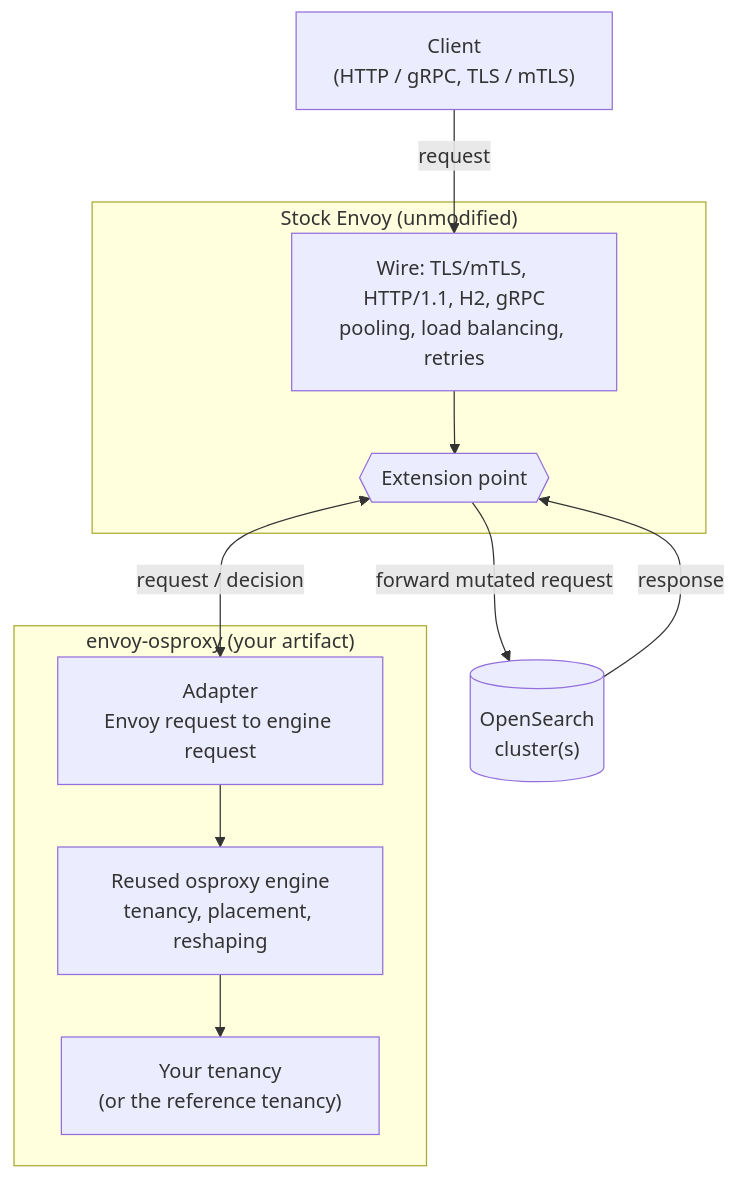
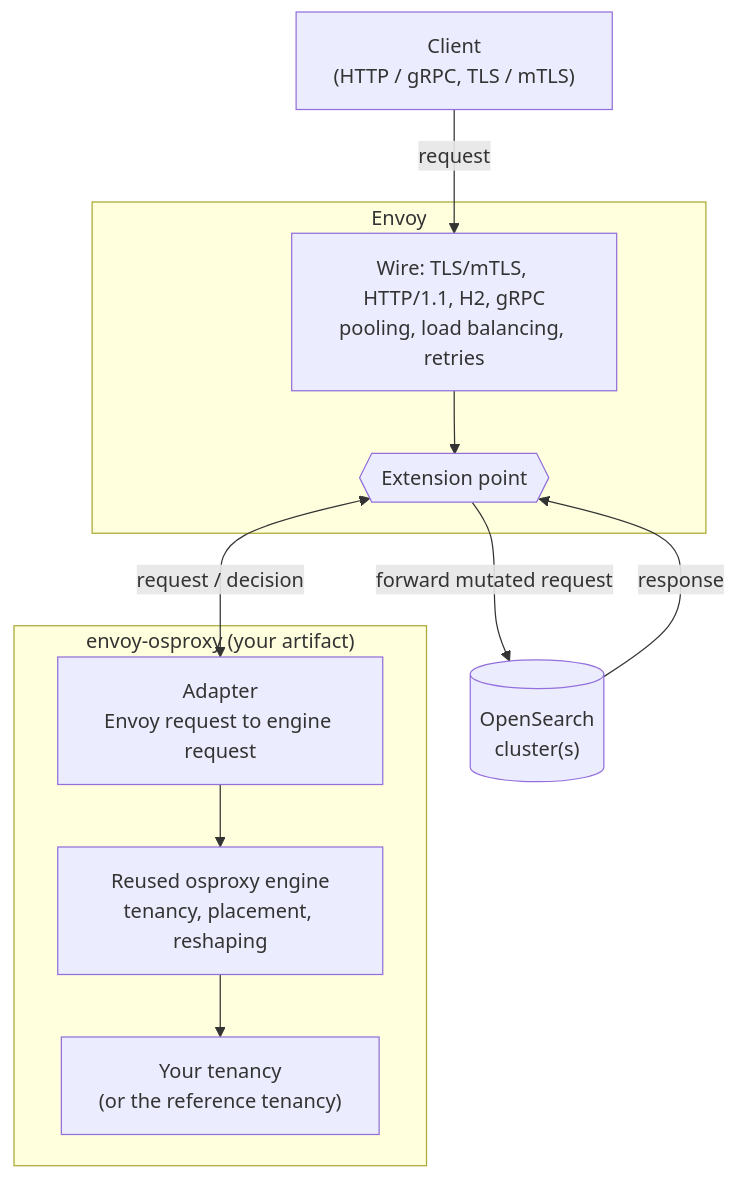
One commit to huyz0/envoy-osproxy changed the first of 3 diagrams in docs/guide/01-architecture.md. Above: the diagram before and after it, drawn with Mermaid. The commit also changed other lines of this file and 10 other files, not shown here.

First line of the commit message:
docs: drop the repeated "stock/unmodified Envoy" framing from user-facing docs

````diff
--- a/docs/guide/01-architecture.md
+++ b/docs/guide/01-architecture.md
@@ -12,25 +12,25 @@
 ```mermaid
 %%{init: {"flowchart": {"curve": "basis"}}}%%
 flowchart TB
   client["Client<br/>(HTTP / gRPC, TLS / mTLS)"]
 
-  subgraph envoy["Stock Envoy (unmodified)"]
+  subgraph envoy["Envoy"]
     wire["Wire: TLS/mTLS, HTTP/1.1, H2, gRPC<br/>pooling, load balancing, retries"]
     seam{{"Extension point"}}
   end
 
   subgraph ext["envoy-osproxy (your artifact)"]
     adapter["Adapter<br/>Envoy request to engine request"]
     engine["Reused osproxy engine<br/>tenancy, placement, reshaping"]
     tenancy["Your tenancy<br/>(or the reference tenancy)"]
   end
 
   os[("OpenSearch<br/>cluster(s)")]
 
   client -->|request| wire --> seam
   seam <-->|"request / decision"| adapter
   adapter --> engine
   engine --> tenancy
   seam -->|forward mutated request| os
   os -->|response| seam
 ```
````
